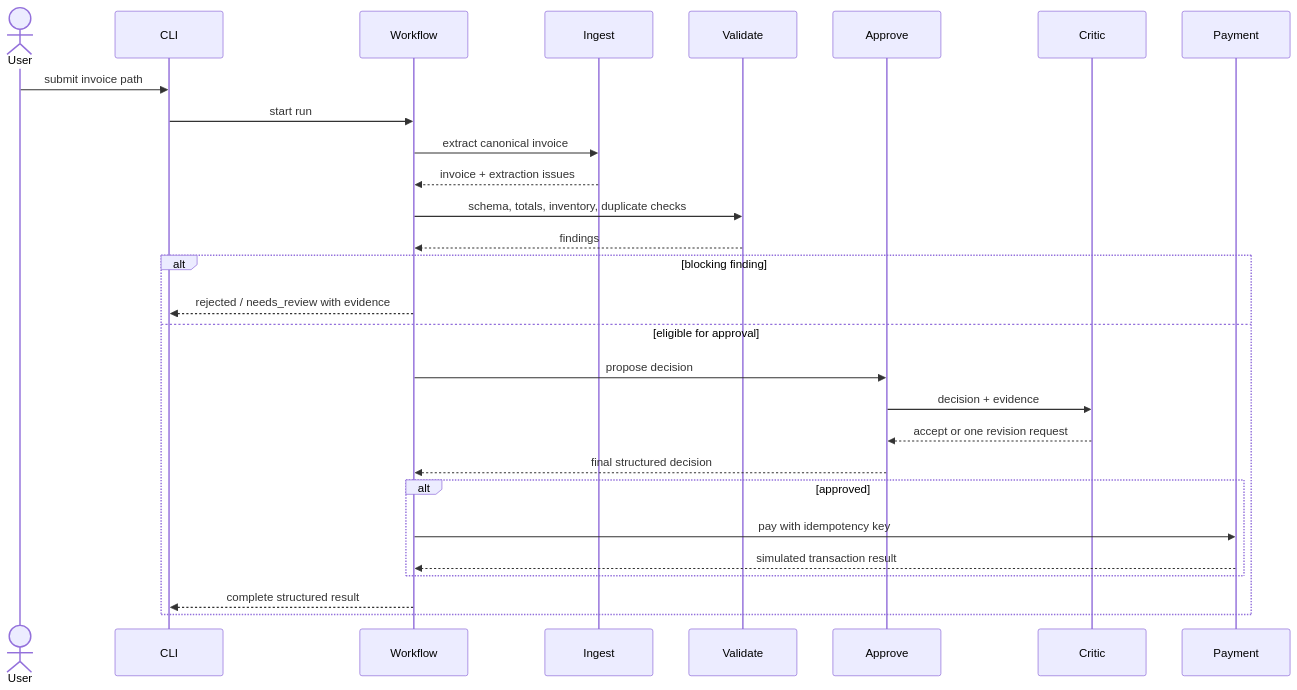
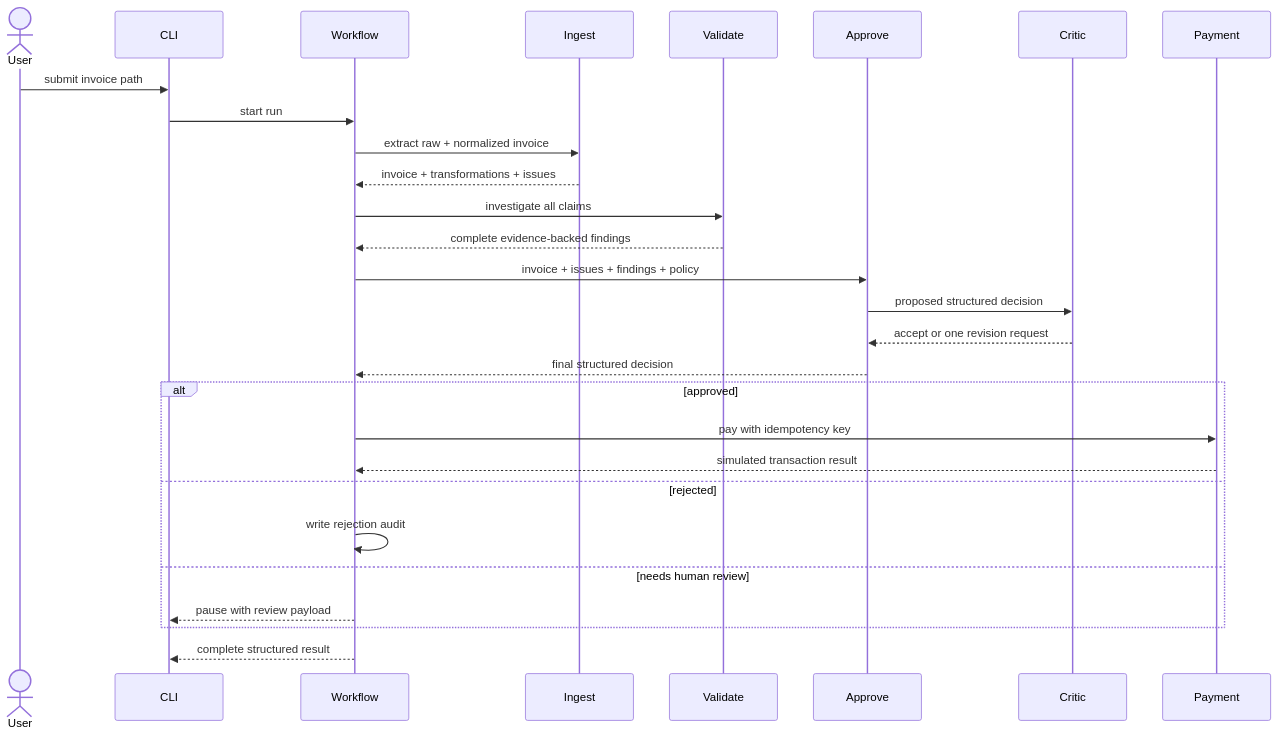
One commit to ConnorRussi/galatiq-case-invoices changed the fourth of 4 diagrams in docs/target-architecture.md. Above: the diagram before and after it, drawn with Mermaid. The commit also changed other lines of this file and 39 other files, not shown here.

Commit message:
first round of integration needs more review on laptop

````diff
--- a/docs/target-architecture.md
+++ b/docs/target-architecture.md
@@ -186,31 +227,31 @@
 ```mermaid
 sequenceDiagram
     actor User
     participant CLI
     participant Workflow
     participant Ingest
     participant Validate
     participant Approve
     participant Critic
     participant Payment
 
     User->>CLI: submit invoice path
     CLI->>Workflow: start run
-    Workflow->>Ingest: extract canonical invoice
-    Ingest-->>Workflow: invoice + extraction issues
-    Workflow->>Validate: schema, totals, inventory, duplicate checks
-    Validate-->>Workflow: findings
-    alt blocking finding
-        Workflow-->>CLI: rejected / needs_review with evidence
-    else eligible for approval
-        Workflow->>Approve: propose decision
-        Approve->>Critic: decision + evidence
-        Critic-->>Approve: accept or one revision request
-        Approve-->>Workflow: final structured decision
-        alt approved
-            Workflow->>Payment: pay with idempotency key
-            Payment-->>Workflow: simulated transaction result
-        end
-        Workflow-->>CLI: complete structured result
+    Workflow->>Ingest: extract raw + normalized invoice
+    Ingest-->>Workflow: invoice + transformations + issues
+    Workflow->>Validate: investigate all claims
+    Validate-->>Workflow: complete evidence-backed findings
+    Workflow->>Approve: invoice + issues + findings + policy
+    Approve->>Critic: proposed structured decision
+    Critic-->>Approve: accept or one revision request
+    Approve-->>Workflow: final structured decision
+    alt approved
+        Workflow->>Payment: pay with idempotency key
+        Payment-->>Workflow: simulated transaction result
+    else rejected
+        Workflow->>Workflow: write rejection audit
+    else needs human review
+        Workflow-->>CLI: pause with review payload
     end
+    Workflow-->>CLI: complete structured result
 ```
````
